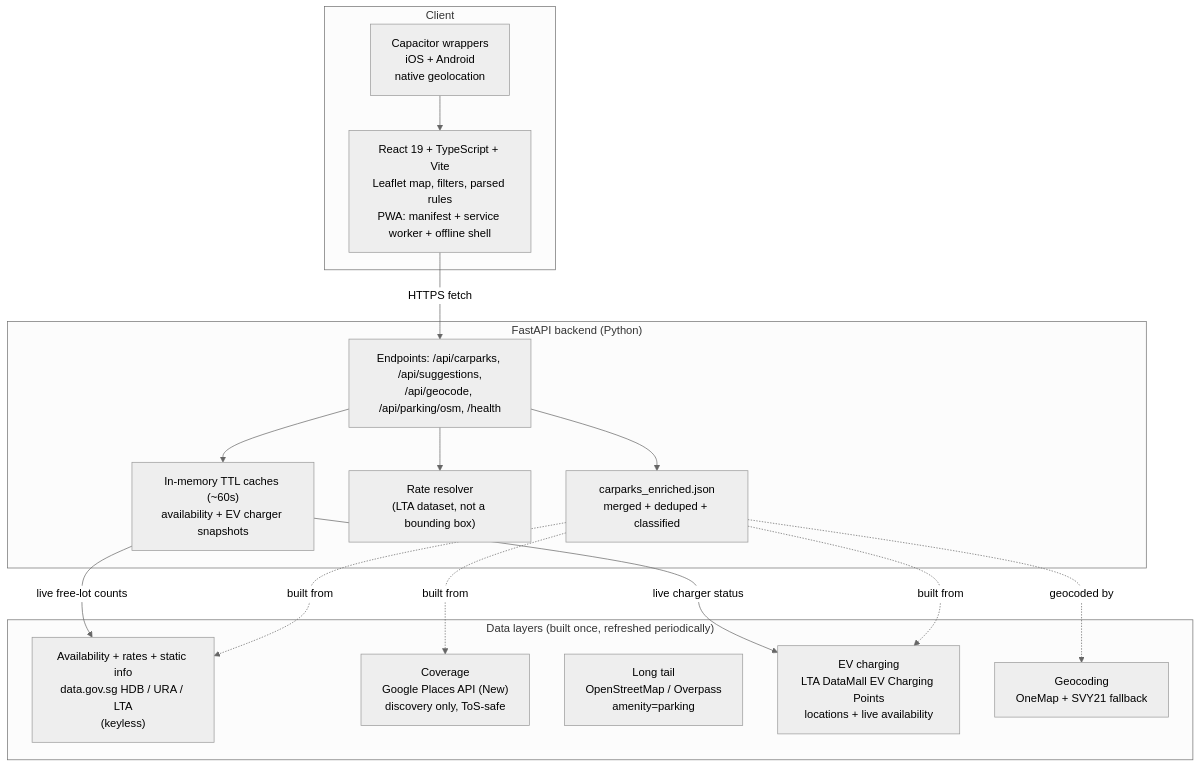
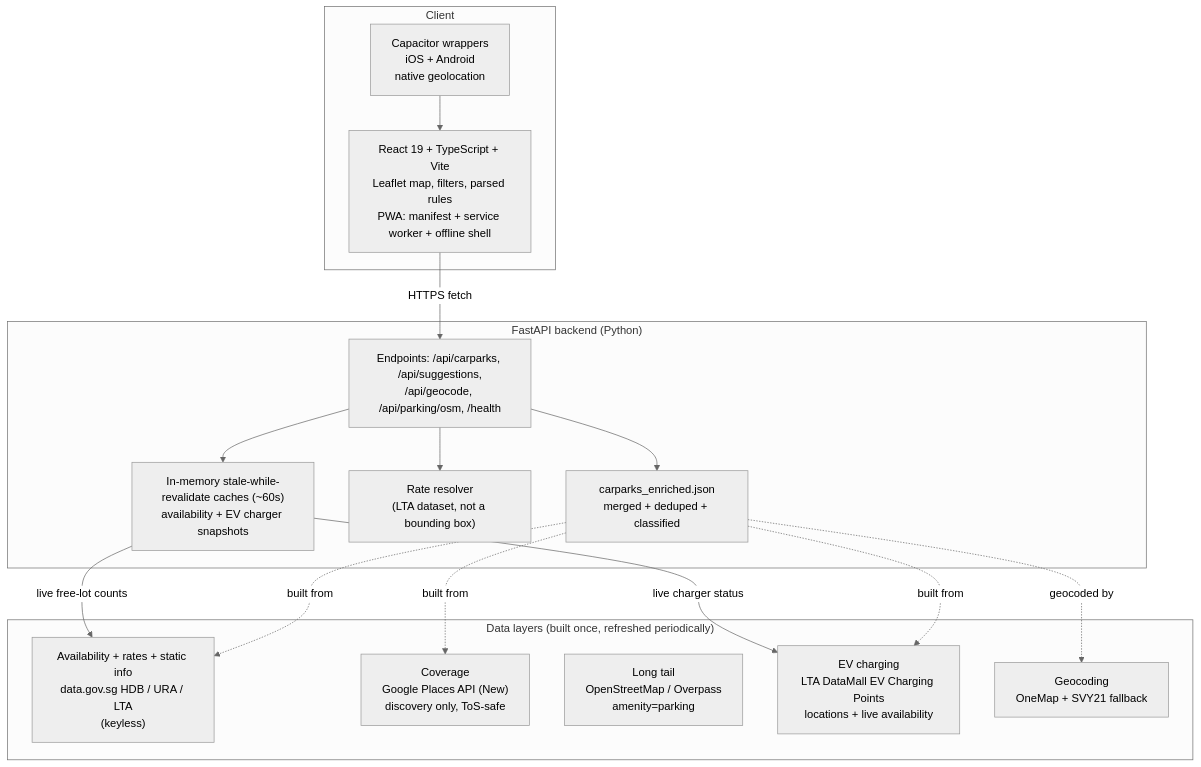
One commit to ka1oww/EHPARKLEH- changed the diagram in README.md. Above: the diagram before and after it, drawn with Mermaid (neutral theme). The commit also changed other lines of this file and 2 other files, not shown here.

````diff
--- a/README.md
+++ b/README.md
@@ -26,34 +27,34 @@
 ```mermaid
 flowchart TB
     subgraph Client
         PWA["React 19 + TypeScript + Vite<br/>Leaflet map, filters, parsed rules<br/>PWA: manifest + service worker + offline shell"]
         NATIVE["Capacitor wrappers<br/>iOS + Android<br/>native geolocation"]
     end
 
     subgraph Backend["FastAPI backend (Python)"]
         API["Endpoints: /api/carparks, /api/suggestions,<br/>/api/geocode, /api/parking/osm, /health"]
-        CACHE["In-memory TTL caches (~60s)<br/>availability + EV charger snapshots"]
+        CACHE["In-memory stale-while-revalidate caches (~60s)<br/>availability + EV charger snapshots"]
         RATES["Rate resolver<br/>(LTA dataset, not a bounding box)"]
         DATA["carparks_enriched.json<br/>merged + deduped + classified"]
     end
 
     subgraph DataLayers["Data layers (built once, refreshed periodically)"]
         GOV["Availability + rates + static info<br/>data.gov.sg HDB / URA / LTA<br/>(keyless)"]
         GOOGLE["Coverage<br/>Google Places API (New)<br/>discovery only, ToS-safe"]
         OSM["Long tail<br/>OpenStreetMap / Overpass<br/>amenity=parking"]
         EV["EV charging<br/>LTA DataMall EV Charging Points<br/>locations + live availability"]
         ONEMAP["Geocoding<br/>OneMap + SVY21 fallback"]
     end
 
     PWA -->|HTTPS fetch| API
     NATIVE --> PWA
     API --> CACHE
     API --> RATES
     API --> DATA
     CACHE -->|live free-lot counts| GOV
     CACHE -->|live charger status| EV
     DATA -.built from.-> GOV
     DATA -.built from.-> GOOGLE
     DATA -.built from.-> EV
     DATA -.geocoded by.-> ONEMAP
 ```
````
